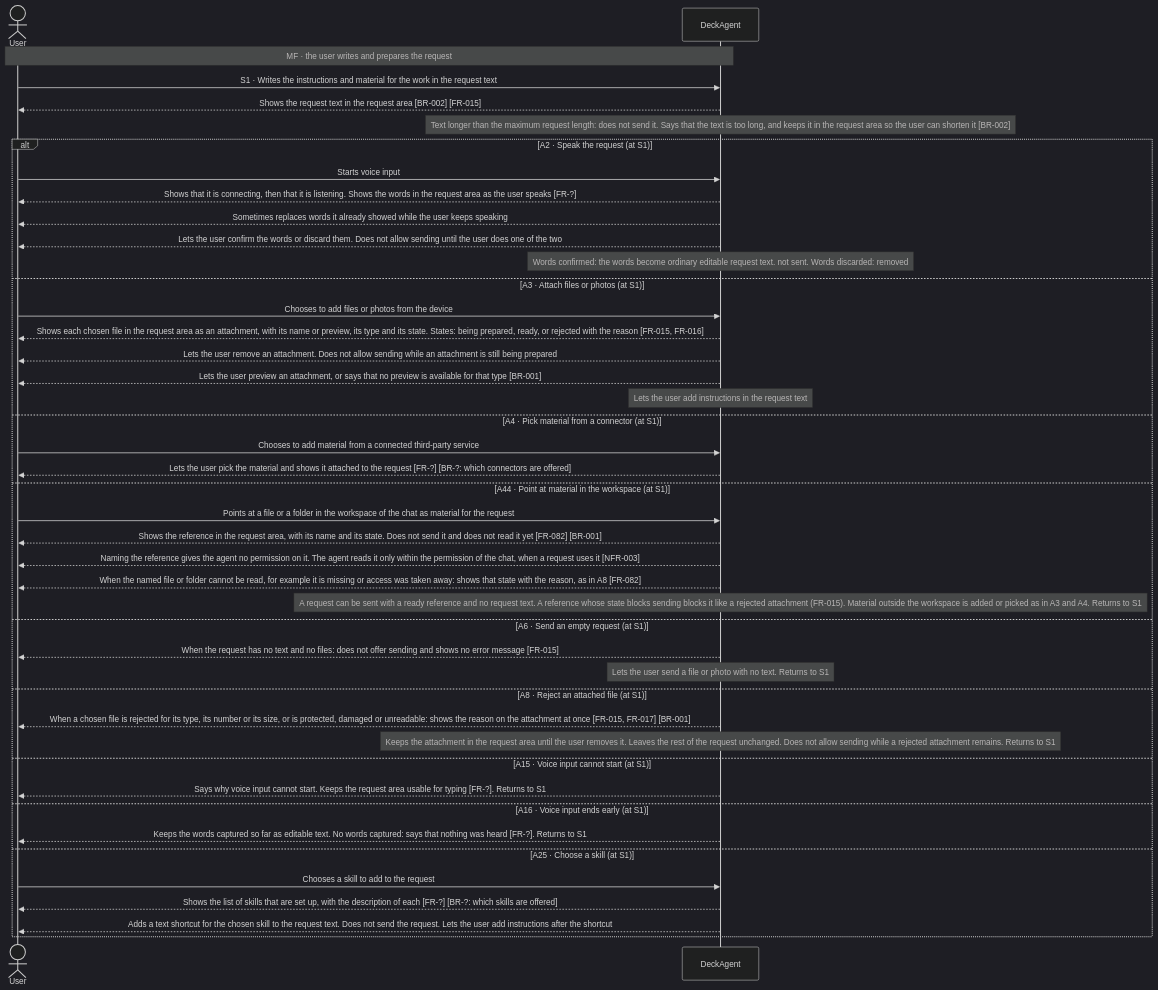
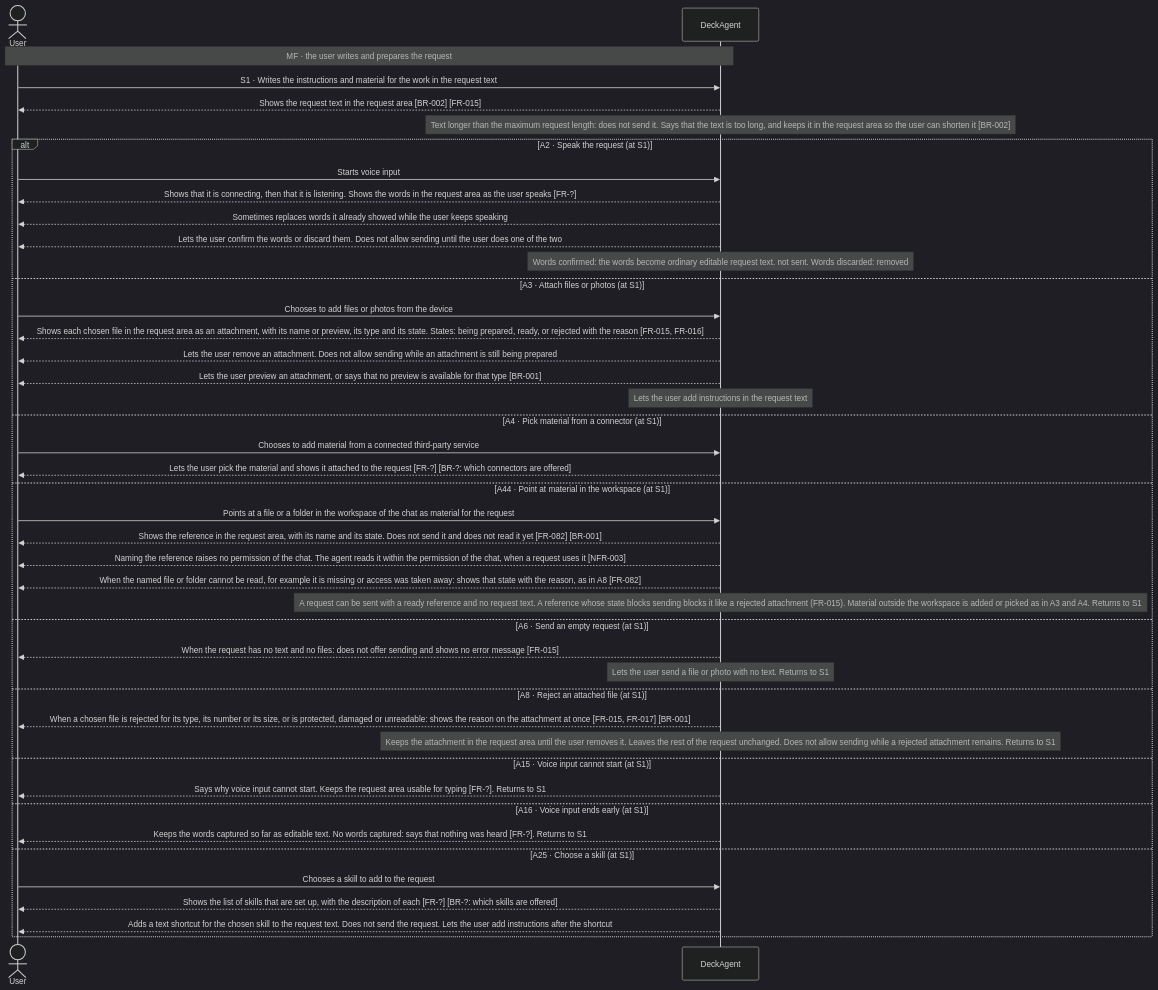
Before and after one commit to Luke23127006/DeckAgent: the first of 4 diagrams in docs/spec/03-use-cases/UC-003.md, drawn with Mermaid (dark theme). The commit also changed other lines of this file and 19 other files, not shown here.

Commit message:
docs(spec): fix permission boundary, diagram branches and spec cleanup

````diff
--- a/docs/spec/03-use-cases/UC-003.md
+++ b/docs/spec/03-use-cases/UC-003.md
@@ -43,45 +43,45 @@
 ```mermaid
 sequenceDiagram
     actor User
     participant DeckAgent
     Note over User,DeckAgent: MF · the user writes and prepares the request
     User->>DeckAgent: S1 · Writes the instructions and material for the work in the request text
     DeckAgent-->>User: Shows the request text in the request area [BR-002] [FR-015]
     note over DeckAgent: Text longer than the maximum request length: does not send it. Says that the text is too long, and keeps it in the request area so the user can shorten it [BR-002]
     alt A2 · Speak the request (at S1)
         User->>DeckAgent: Starts voice input
         DeckAgent-->>User: Shows that it is connecting, then that it is listening. Shows the words in the request area as the user speaks [FR-?]
         DeckAgent-->>User: Sometimes replaces words it already showed while the user keeps speaking
         DeckAgent-->>User: Lets the user confirm the words or discard them. Does not allow sending until the user does one of the two
         note over DeckAgent: Words confirmed: the words become ordinary editable request text. not sent. Words discarded: removed
     else A3 · Attach files or photos (at S1)
         User->>DeckAgent: Chooses to add files or photos from the device
         DeckAgent-->>User: Shows each chosen file in the request area as an attachment, with its name or preview, its type and its state. States: being prepared, ready, or rejected with the reason [FR-015, FR-016]
         DeckAgent-->>User: Lets the user remove an attachment. Does not allow sending while an attachment is still being prepared
         DeckAgent-->>User: Lets the user preview an attachment, or says that no preview is available for that type [BR-001]
         note over DeckAgent: Lets the user add instructions in the request text
     else A4 · Pick material from a connector (at S1)
         User->>DeckAgent: Chooses to add material from a connected third-party service
         DeckAgent-->>User: Lets the user pick the material and shows it attached to the request [FR-?] [BR-?: which connectors are offered]
     else A44 · Point at material in the workspace (at S1)
         User->>DeckAgent: Points at a file or a folder in the workspace of the chat as material for the request
         DeckAgent-->>User: Shows the reference in the request area, with its name and its state. Does not send it and does not read it yet [FR-082] [BR-001]
-        DeckAgent-->>User: Naming the reference gives the agent no permission on it. The agent reads it only within the permission of the chat, when a request uses it [NFR-003]
+        DeckAgent-->>User: Naming the reference raises no permission of the chat. The agent reads it within the permission of the chat, when a request uses it [NFR-003]
         DeckAgent-->>User: When the named file or folder cannot be read, for example it is missing or access was taken away: shows that state with the reason, as in A8 [FR-082]
         note over DeckAgent: A request can be sent with a ready reference and no request text. A reference whose state blocks sending blocks it like a rejected attachment (FR-015). Material outside the workspace is added or picked as in A3 and A4. Returns to S1
     else A6 · Send an empty request (at S1)
         DeckAgent-->>User: When the request has no text and no files: does not offer sending and shows no error message [FR-015]
         note over DeckAgent: Lets the user send a file or photo with no text. Returns to S1
     else A8 · Reject an attached file (at S1)
         DeckAgent-->>User: When a chosen file is rejected for its type, its number or its size, or is protected, damaged or unreadable: shows the reason on the attachment at once [FR-015, FR-017] [BR-001]
         note over DeckAgent: Keeps the attachment in the request area until the user removes it. Leaves the rest of the request unchanged. Does not allow sending while a rejected attachment remains. Returns to S1
     else A15 · Voice input cannot start (at S1)
         DeckAgent-->>User: Says why voice input cannot start. Keeps the request area usable for typing [FR-?]. Returns to S1
     else A16 · Voice input ends early (at S1)
         DeckAgent-->>User: Keeps the words captured so far as editable text. No words captured: says that nothing was heard [FR-?]. Returns to S1
     else A25 · Choose a skill (at S1)
         User->>DeckAgent: Chooses a skill to add to the request
         DeckAgent-->>User: Shows the list of skills that are set up, with the description of each [FR-?] [BR-?: which skills are offered]
         DeckAgent-->>User: Adds a text shortcut for the chosen skill to the request text. Does not send the request. Lets the user add instructions after the shortcut
     end
 ```
````
